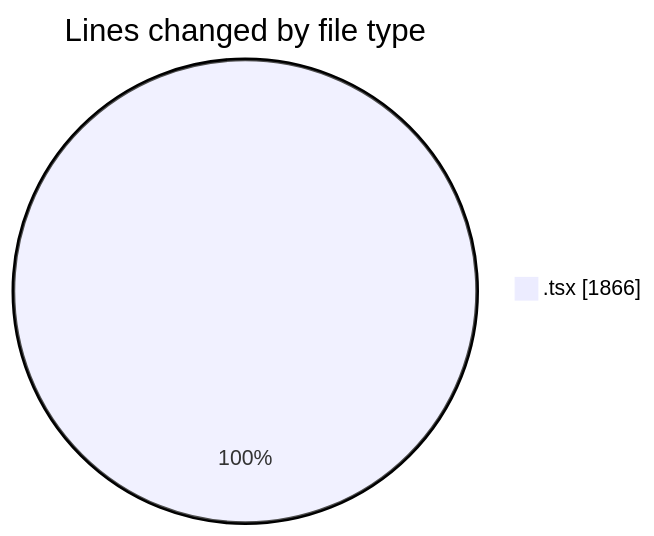
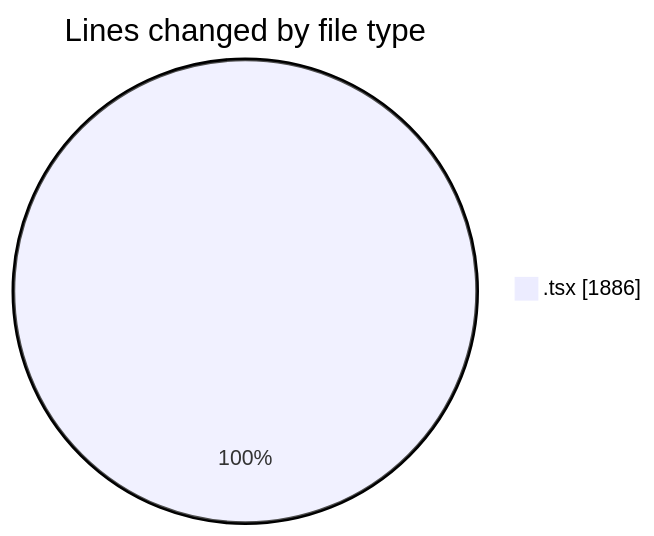
Before and after one commit to nxtqubesakshisongat/code-tracking: the first of 2 diagrams in 2026-05-14/nxtqube_webapp/README.md, drawn with Mermaid. The commit also changed other lines of this file and 1 other file, not shown here.

````diff
--- a/2026-05-14/nxtqube_webapp/README.md
+++ b/2026-05-14/nxtqube_webapp/README.md
@@ -21,5 +21,5 @@
 ```mermaid
 pie showData
 title Lines changed by file type
-".tsx" : 1866
+".tsx" : 1886
 ```
````
